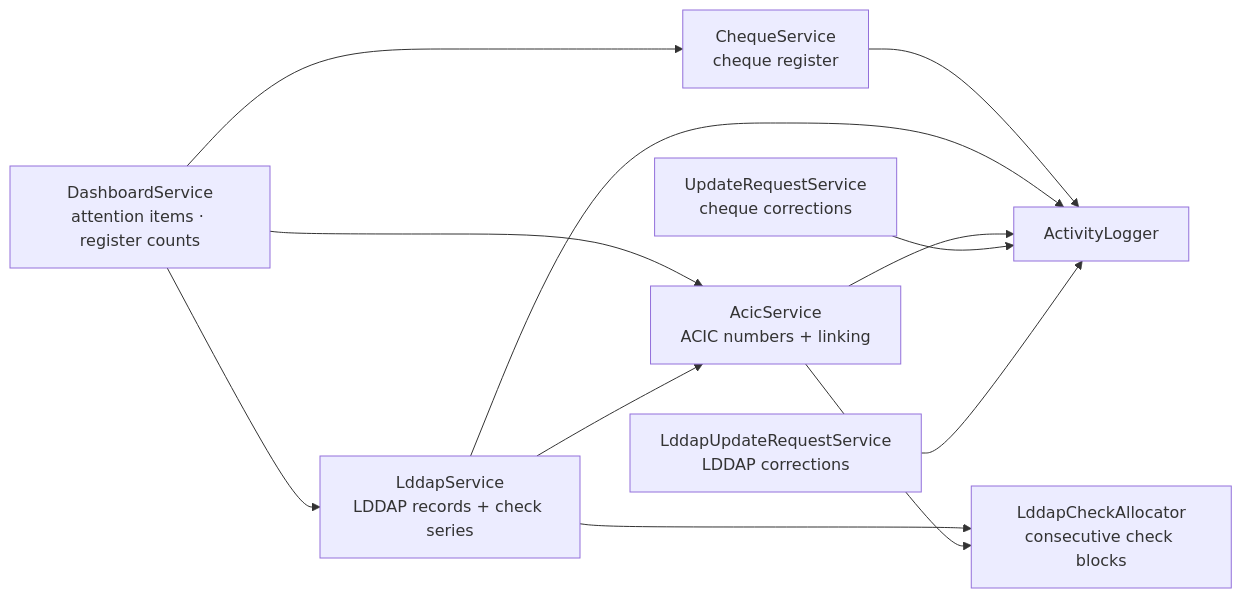
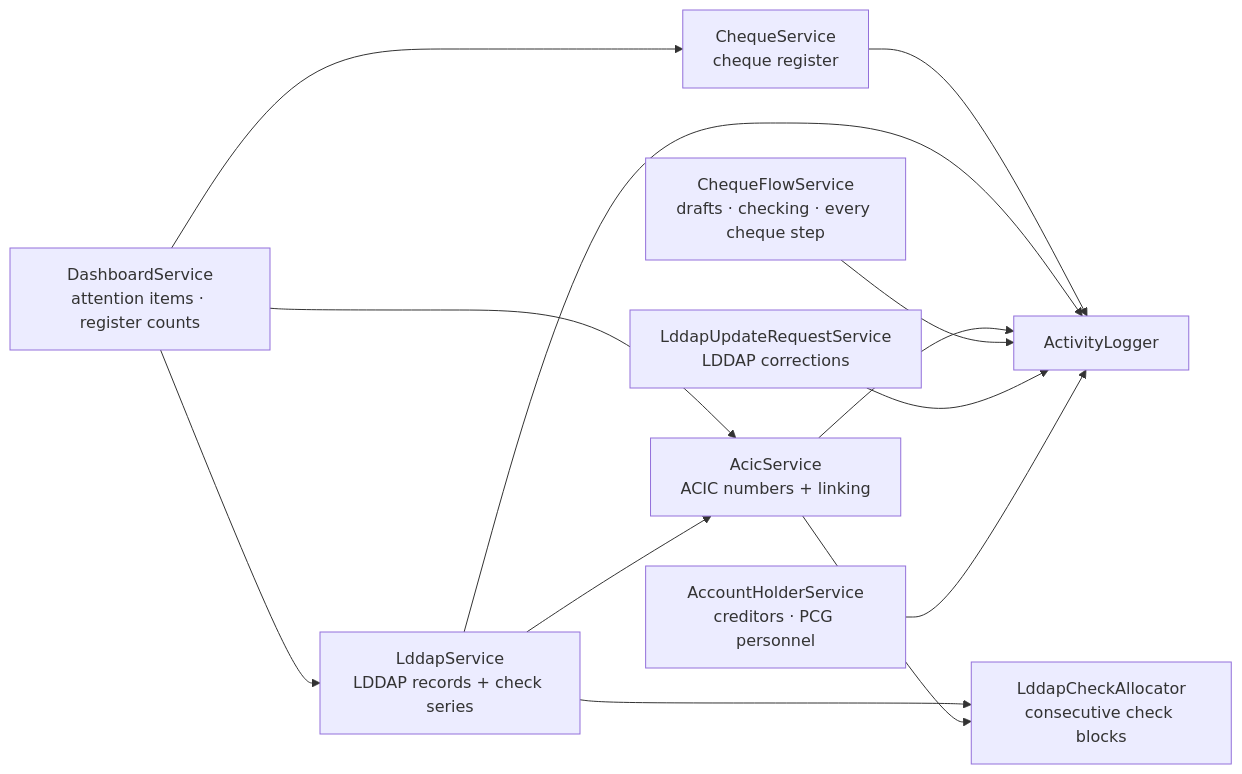
One commit to nicolasjob21/E-MDS changed the third of 13 diagrams in docs/DOCUMENTATION.md. Above: the diagram before and after it, drawn with Mermaid. The commit also changed other lines of this file and 165 other files, not shown here.

First line of the commit message:
Rework the LDDAP and ACIC teller flows; add creditors, PCG personnel and filters

````diff
--- a/docs/DOCUMENTATION.md
+++ b/docs/DOCUMENTATION.md
@@ -111,23 +111,25 @@
 ```mermaid
 flowchart LR
     DSH["DashboardService<br/>attention items · register counts"]
     CHS["ChequeService<br/>cheque register"]
     LDS["LddapService<br/>LDDAP records + check series"]
     ACS["AcicService<br/>ACIC numbers + linking"]
     ALC["LddapCheckAllocator<br/>consecutive check blocks"]
-    URS["UpdateRequestService<br/>cheque corrections"]
+    CFS["ChequeFlowService<br/>drafts · checking · every cheque step"]
     LUR["LddapUpdateRequestService<br/>LDDAP corrections"]
+    AHS["AccountHolderService<br/>creditors · PCG personnel"]
     LOG["ActivityLogger"]
 
     DSH --> CHS
     DSH --> LDS
     DSH --> ACS
     LDS --> ACS
     LDS --> ALC
     ACS --> ALC
     CHS --> LOG
     LDS --> LOG
     ACS --> LOG
-    URS --> LOG
+    CFS --> LOG
     LUR --> LOG
+    AHS --> LOG
 ```
````
